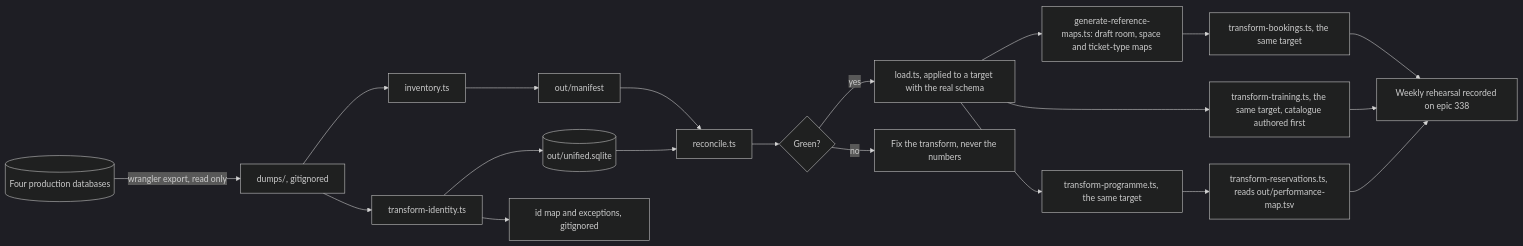
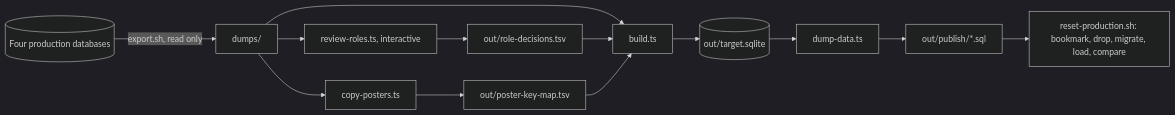
The diagram in migration/README.md (newtheatre/proscenium), drawn with Mermaid (dark theme) before and after one commit. The commit also changed other lines of this file and 81 other files, not shown here.

````diff
--- a/migration/README.md
+++ b/migration/README.md
@@ -14,21 +19,12 @@
 ```mermaid
 flowchart LR
-  P[(Four production databases)] -- wrangler export, read only --> D[dumps/, gitignored]
-  D --> I[inventory.ts] --> M[out/manifest]
-  D --> T[transform-identity.ts]
-  T --> U[(out/unified.sqlite)]
-  T --> X[id map and exceptions, gitignored]
-  M --> R[reconcile.ts]
-  U --> R
-  R --> G{Green?}
-  G -- yes --> L[load.ts, applied to a target with the real schema]
-  L --> GRM[generate-reference-maps.ts: draft room, space and ticket-type maps]
-  GRM --> B[transform-bookings.ts, the same target]
-  L --> TR[transform-training.ts, the same target, catalogue authored first]
-  L --> N[transform-programme.ts, the same target]
-  N --> S[transform-reservations.ts, reads out/performance-map.tsv]
-  B --> W[Weekly rehearsal recorded on epic 338]
-  TR --> W
-  S --> W
-  G -- no --> F[Fix the transform, never the numbers]
+  P[(Four production databases)] -- export.sh, read only --> D[dumps/]
+  D --> RR[review-roles.ts, interactive] --> RD[out/role-decisions.tsv]
+  D --> CP[copy-posters.ts] --> PK[out/poster-key-map.tsv]
+  D --> B[build.ts]
+  RD --> B
+  PK --> B
+  B --> T[(out/target.sqlite)]
+  T --> DD[dump-data.ts] --> PUB[out/publish/*.sql]
+  PUB --> RP[reset-production.sh: bookmark, drop, migrate, load, compare]
 ```
````
